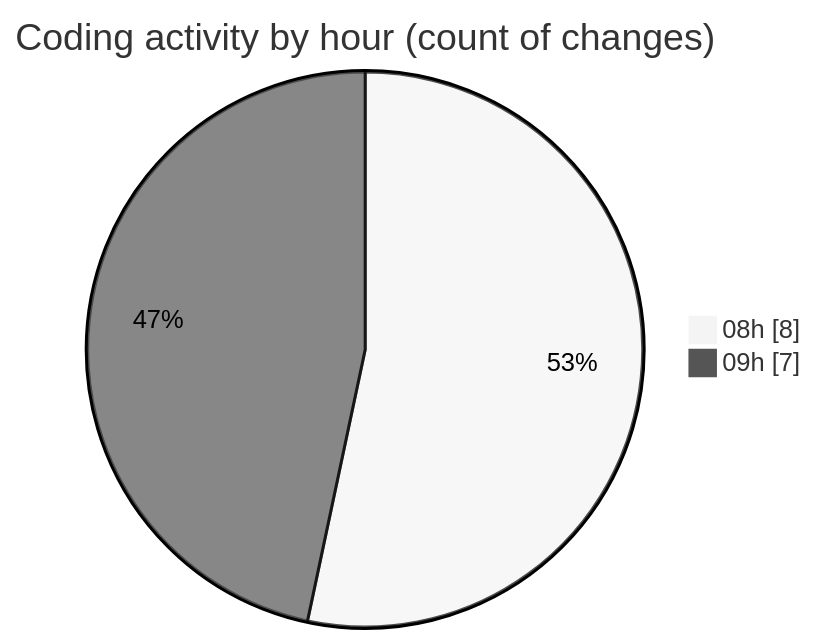
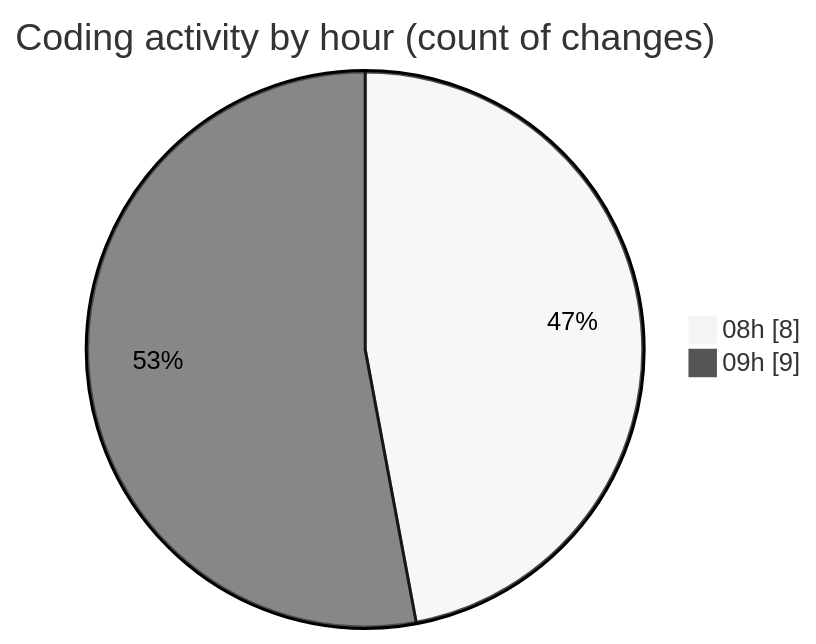
One commit to momahboobian/code-tracking changed the second of 2 diagrams in 2025-09-15/cda/README.md. Above: the diagram before and after it, drawn with Mermaid (neutral theme). The commit also changed other lines of this file and 1 other file, not shown here.

````diff
--- a/2025-09-15/cda/README.md
+++ b/2025-09-15/cda/README.md
@@ -29,6 +29,6 @@
 ```mermaid
 pie showData
 title Coding activity by hour (count of changes)
 "08h" : 8
-"09h" : 7
+"09h" : 9
 ```
````
